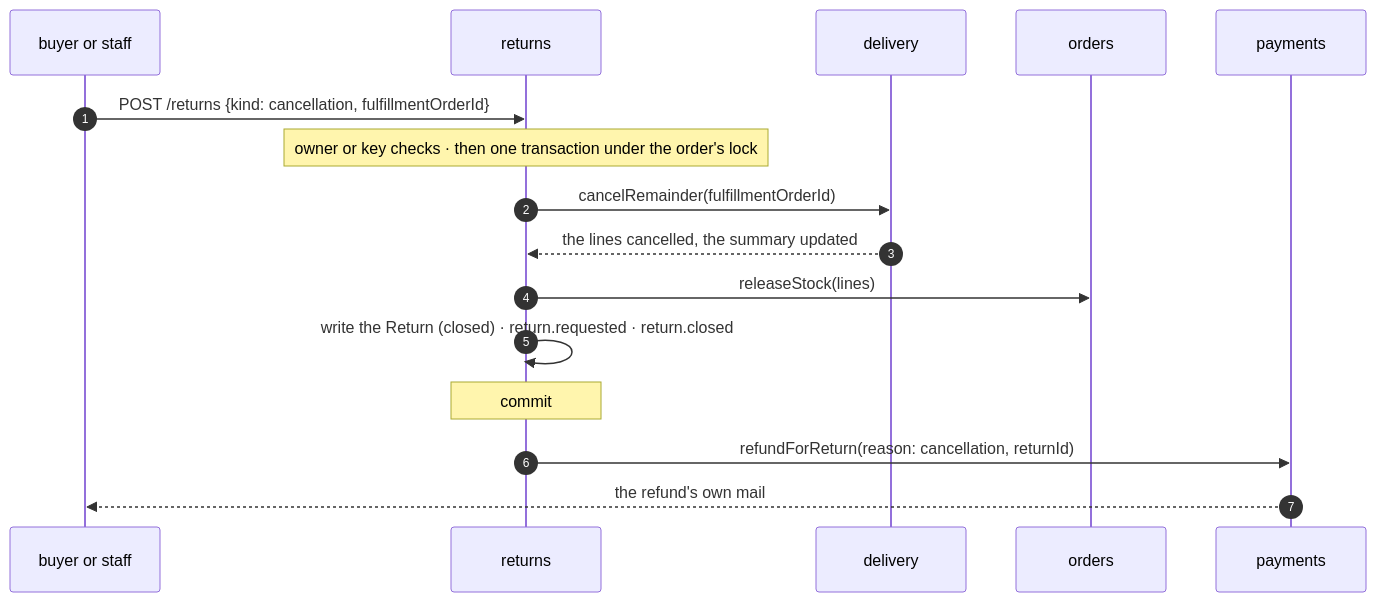
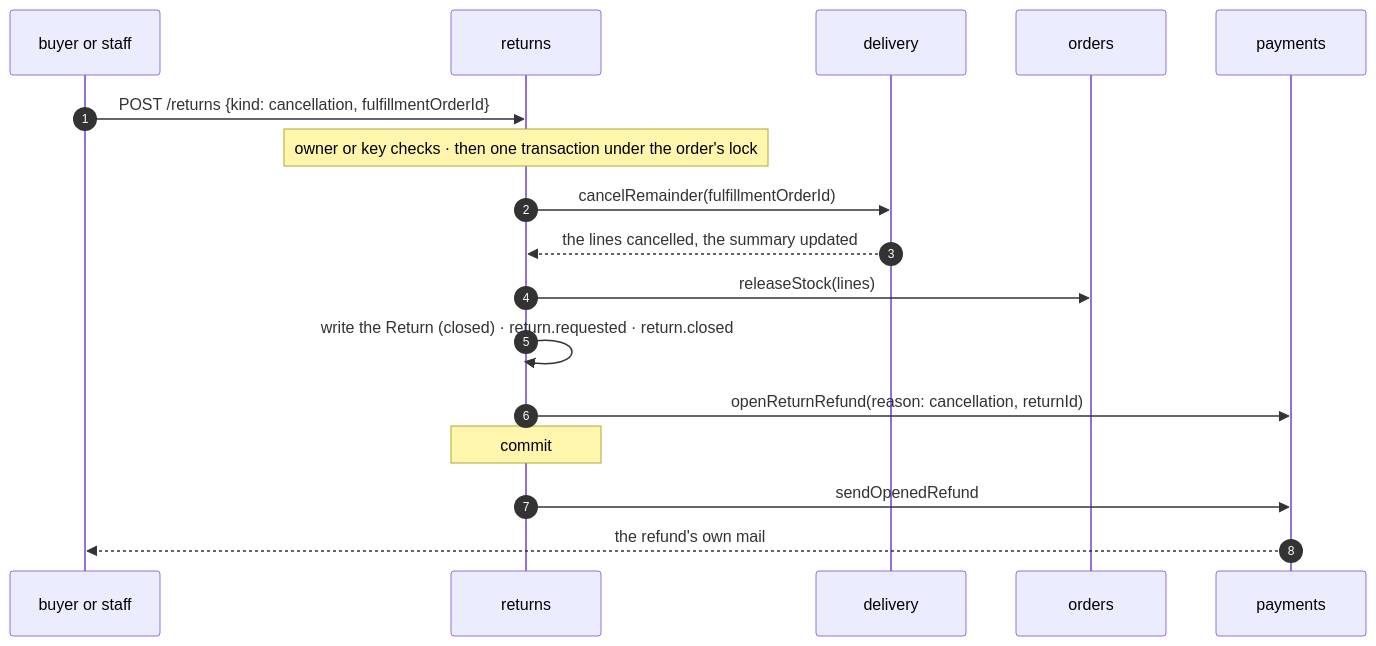
The fifth of 5 diagrams in docs/modules/returns.md (Guebbit/boilerplate-node-backend), drawn with Mermaid before and after one commit. The commit also changed other lines of this file and 12 other files, not shown here.

First line of the commit message:
fix(returns): a return's refund is recorded with the return, never after it

````diff
--- a/docs/modules/returns.md
+++ b/docs/modules/returns.md
@@ -342,18 +344,19 @@
 ```mermaid
 sequenceDiagram
     autonumber
     participant C as buyer or staff
     participant R as returns
     participant D as delivery
     participant O as orders
     participant P as payments
     C->>R: POST /returns {kind: cancellation, fulfillmentOrderId}
     Note over R: owner or key checks · then one transaction under the order's lock
     R->>D: cancelRemainder(fulfillmentOrderId)
     D-->>R: the lines cancelled, the summary updated
     R->>O: releaseStock(lines)
     R->>R: write the Return (closed) · return.requested · return.closed
+    R->>P: openReturnRefund(reason: cancellation, returnId)
     Note over R: commit
-    R->>P: refundForReturn(reason: cancellation, returnId)
+    R->>P: sendOpenedRefund
     P-->>C: the refund's own mail
 ```
````
